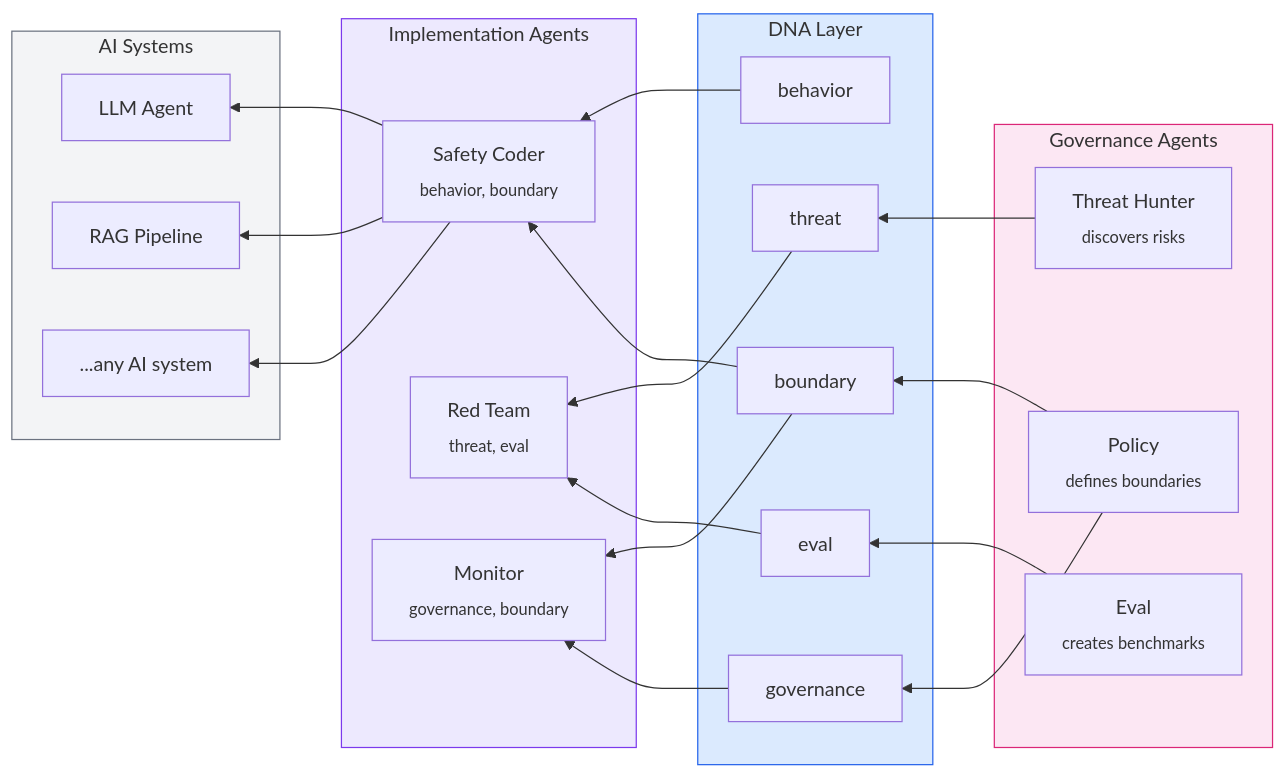
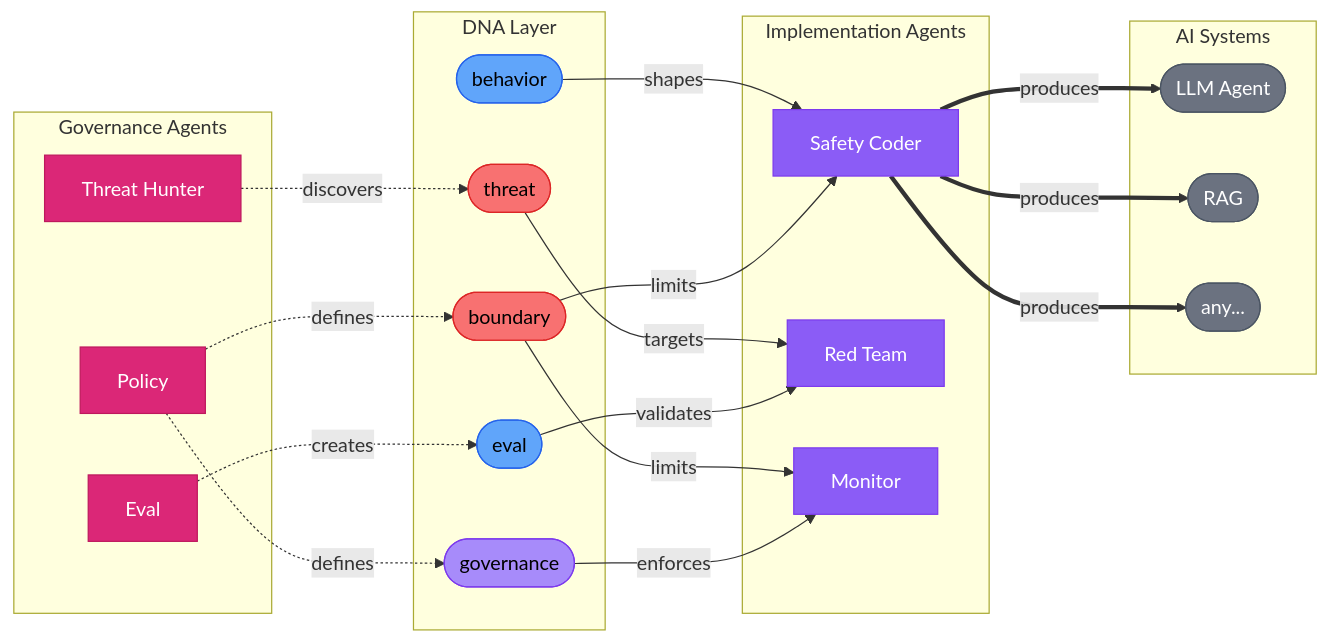
The second of 2 diagrams in README.md (panbanda/dna), drawn with Mermaid before and after one commit. The commit also changed other lines of this file, not shown here.

First line of the commit message:
docs: polish mermaid diagrams with LTR layout and semantic styling

````diff
--- a/README.md
+++ b/README.md
@@ -117,47 +132,62 @@
 ```mermaid
-flowchart RL
-    subgraph impl["AI Systems"]
-        llm["LLM Agent"]
-        rag["RAG Pipeline"]
-        any["...any AI system"]
+flowchart LR
+    subgraph discovery["Governance Agents"]
+        hunter["Threat Hunter"]
+        policy["Policy"]
+        eval_agent["Eval"]
+    end
+
+    subgraph dna["DNA Layer"]
+        behavior(["behavior"])
+        boundary(["boundary"])
+        threat(["threat"])
+        eval(["eval"])
+        governance(["governance"])
     end
 
     subgraph coding["Implementation Agents"]
-        safety["Safety Coder<br/><sub>behavior, boundary</sub>"]
-        redteam["Red Team<br/><sub>threat, eval</sub>"]
-        monitor["Monitor<br/><sub>governance, boundary</sub>"]
+        safety["Safety Coder"]
+        redteam["Red Team"]
+        monitor["Monitor"]
     end
 
-    subgraph dna["DNA Layer"]
-        behavior["behavior"]
-        boundary["boundary"]
-        threat["threat"]
-        eval["eval"]
-        governance["governance"]
+    subgraph impl["AI Systems"]
+        llm(["LLM Agent"])
+        rag(["RAG"])
+        any(["any..."])
     end
 
-    subgraph discovery["Governance Agents"]
-        hunter["Threat Hunter<br/><sub>discovers risks</sub>"]
-        policy["Policy<br/><sub>defines boundaries</sub>"]
-        eval_agent["Eval<br/><sub>creates benchmarks</sub>"]
-    end
+    hunter -.->|discovers| threat
+    policy -.->|defines| boundary
+    policy -.->|defines| governance
+    eval_agent -.->|creates| eval
 
-    hunter --> threat
-    policy --> boundary
-    policy --> governance
-    eval_agent --> eval
-    behavior --> safety
-    boundary --> safety
-    boundary --> monitor
-    threat --> redteam
-    eval --> redteam
-    governance --> monitor
-    safety --> llm
-    safety --> rag
-    safety --> any
+    behavior -->|shapes| safety
+    boundary -->|limits| safety
+    boundary -->|limits| monitor
+    threat -->|targets| redteam
+    eval -->|validates| redteam
+    governance -->|enforces| monitor
 
-    style discovery fill:#fce7f3,stroke:#db2777
-    style dna fill:#dbeafe,stroke:#2563eb
-    style coding fill:#ede9fe,stroke:#7c3aed
-    style impl fill:#f3f4f6,stroke:#6b7280
+    safety ==>|produces| llm
+    safety ==>|produces| rag
+    safety ==>|produces| any
+
+    style hunter fill:#db2777,stroke:#be185d,color:#fff
+    style policy fill:#db2777,stroke:#be185d,color:#fff
+    style eval_agent fill:#db2777,stroke:#be185d,color:#fff
+
+    style behavior fill:#60a5fa,stroke:#2563eb,color:#000
+    style boundary fill:#f87171,stroke:#dc2626,color:#000
+    style threat fill:#f87171,stroke:#dc2626,color:#000
+    style eval fill:#60a5fa,stroke:#2563eb,color:#000
+    style governance fill:#a78bfa,stroke:#7c3aed,color:#000
+
+    style safety fill:#8b5cf6,stroke:#7c3aed,color:#fff
+    style redteam fill:#8b5cf6,stroke:#7c3aed,color:#fff
+    style monitor fill:#8b5cf6,stroke:#7c3aed,color:#fff
+
+    style llm fill:#6b7280,stroke:#4b5563,color:#fff
+    style rag fill:#6b7280,stroke:#4b5563,color:#fff
+    style any fill:#6b7280,stroke:#4b5563,color:#fff
 ```
````
